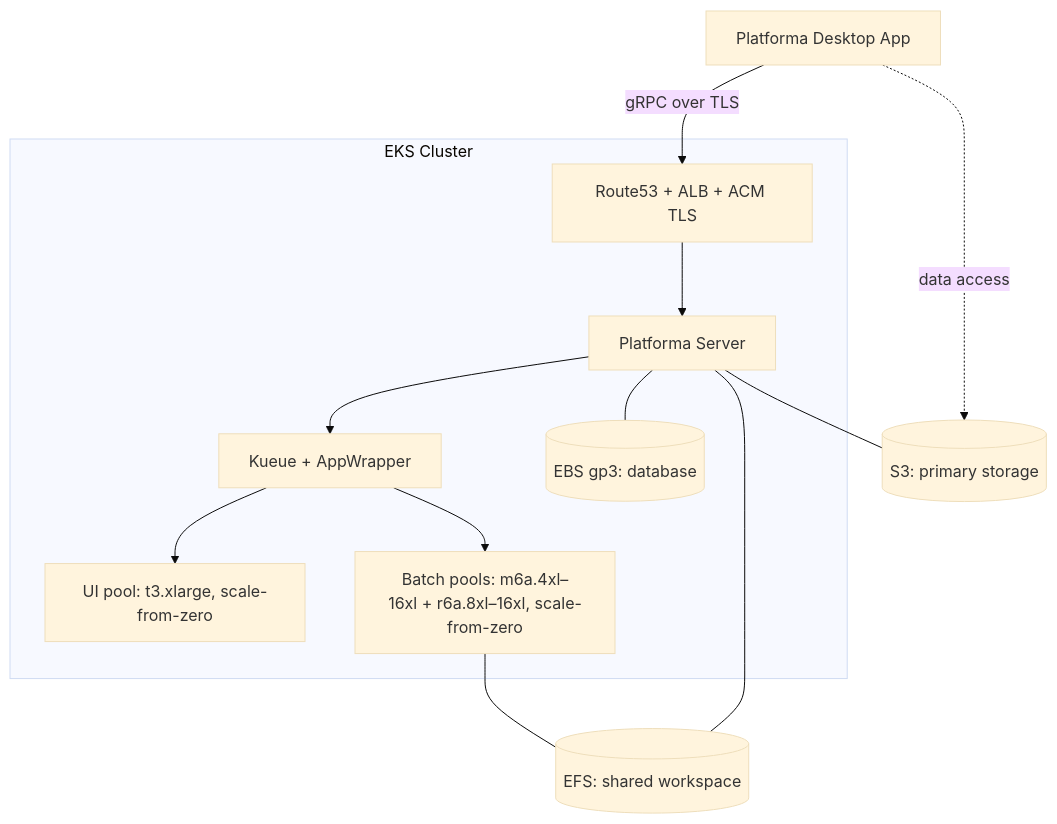
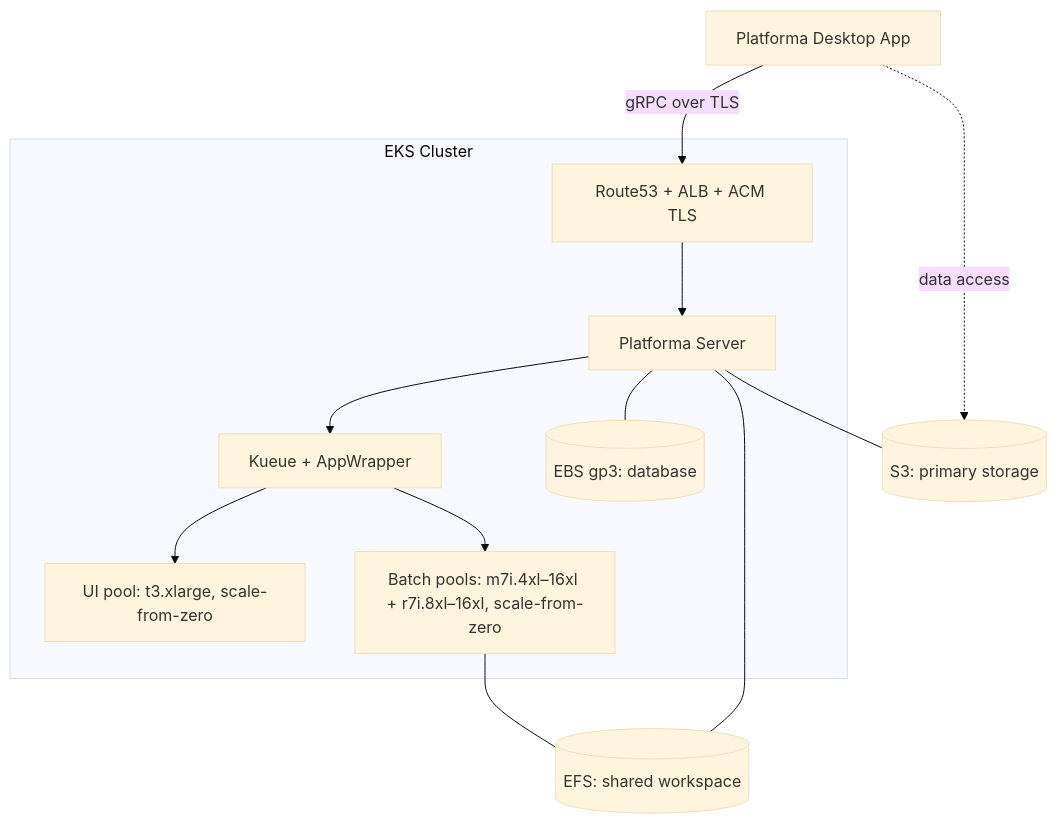
Before and after one commit to milaboratory/platforma-helm: the diagram in infrastructure/aws/README.md, drawn with Mermaid (base theme). The commit also changed 3 other files, not shown here.

````diff
--- a/infrastructure/aws/README.md
+++ b/infrastructure/aws/README.md
@@ -9,20 +9,20 @@
 ```mermaid
 graph TD
     desktop["Platforma Desktop App"]
     dns["Route53 + ALB + ACM TLS"]
 
     desktop -->|"gRPC over TLS"| dns
     desktop -.->|"data access"| s3
 
     subgraph EKS["EKS Cluster"]
         dns --> platforma["Platforma Server"]
         platforma --> kueue["Kueue + AppWrapper"]
         kueue --> ui["UI pool: t3.xlarge, scale-from-zero"]
-        kueue --> batch["Batch pools: m6a.4xl–16xl + r6a.8xl–16xl, scale-from-zero"]
+        kueue --> batch["Batch pools: m7i.4xl–16xl + r7i.8xl–16xl, scale-from-zero"]
         platforma --- ebs[("EBS gp3: database")]
     end
 
     platforma --- s3[("S3: primary storage")]
     platforma --- efs[("EFS: shared workspace")]
     batch --- efs
 ```
````
